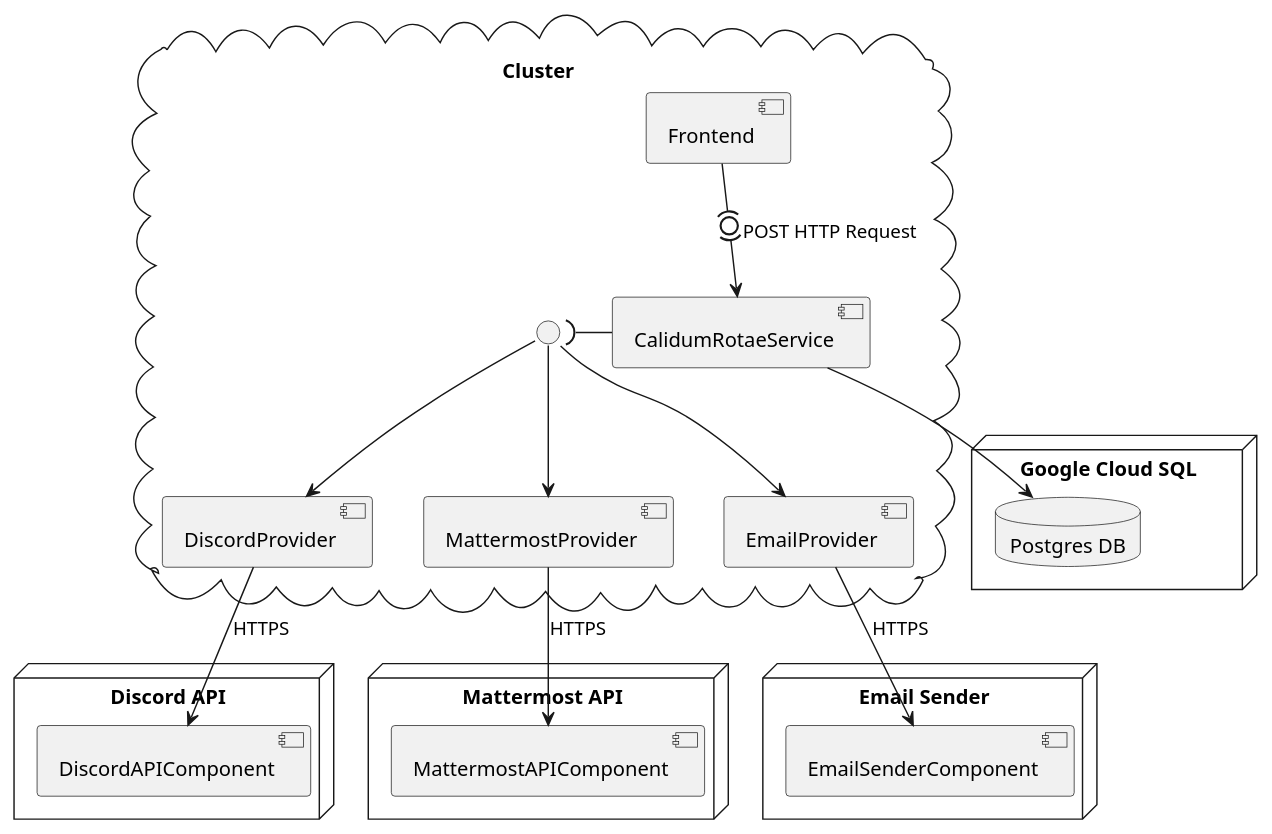
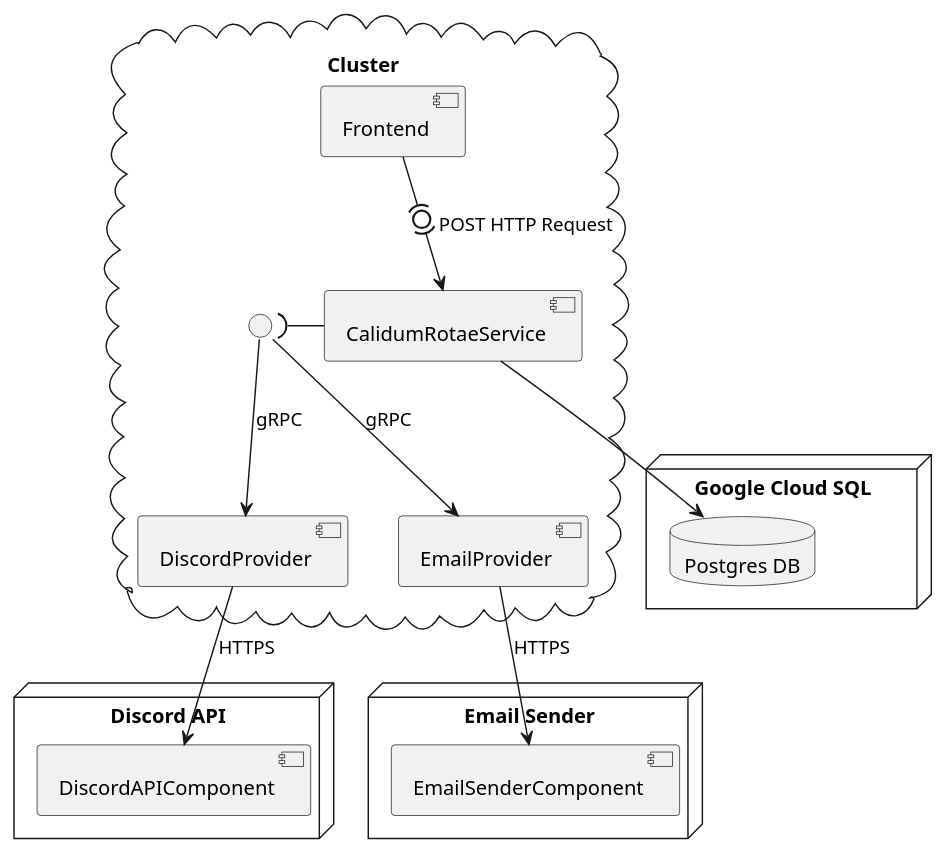
One commit to ClubCedille/calidum-rotae changed the diagram in docs/architecture.plantuml. Above: the diagram before and after it, drawn with PlantUML. The commit also changed 1 other file, not shown here.

Commit message:
Remove mattermost from arch diagram.

```diff
--- a/docs/architecture.plantuml
+++ b/docs/architecture.plantuml
@@ -1,47 +1,39 @@
 @startuml calidum-rotae
 
 node DiscordAPI as "Discord API" {
  	component DiscordAPIComponent
-}
-
-node MattermostAPI as "Mattermost API" {
- 	component MattermostAPIComponent
 }
 
 node Email as "Email Sender" {
  	component EmailSenderComponent
 }
 
 node Data as "Google Cloud SQL" {
 	database Database as "Postgres DB" {
 	}
 }
 
 cloud Cluster as "Cluster" {
 	component CalidumRotaeService
 	component Frontend
 	interface " " as AP
 	
 	Frontend -d(0)-> CalidumRotaeService : POST HTTP Request
 
 	'1) Discord Provider -> calls Discord API
-	'2) Mattermost Provider -> calls Mattermost API
-	'3) Email Provider -> calls email (i.e.: mailgun) API
+	'2) Email Provider -> calls email (i.e.: mailgun) API
 
 	component DiscordProvider
-	component MattermostProvider
 	component EmailProvider
 
-	AP --> DiscordProvider
-	AP --> MattermostProvider
-	AP --> EmailProvider 
+	AP --> DiscordProvider : gRPC
+	AP --> EmailProvider : gRPC
 
  	AP )- [CalidumRotaeService]
 }
 
 CalidumRotaeService --> Database
 DiscordProvider --> DiscordAPIComponent  : HTTPS
-MattermostProvider --> MattermostAPIComponent  : HTTPS
 EmailProvider --> EmailSenderComponent  : HTTPS
 
 @enduml
```
